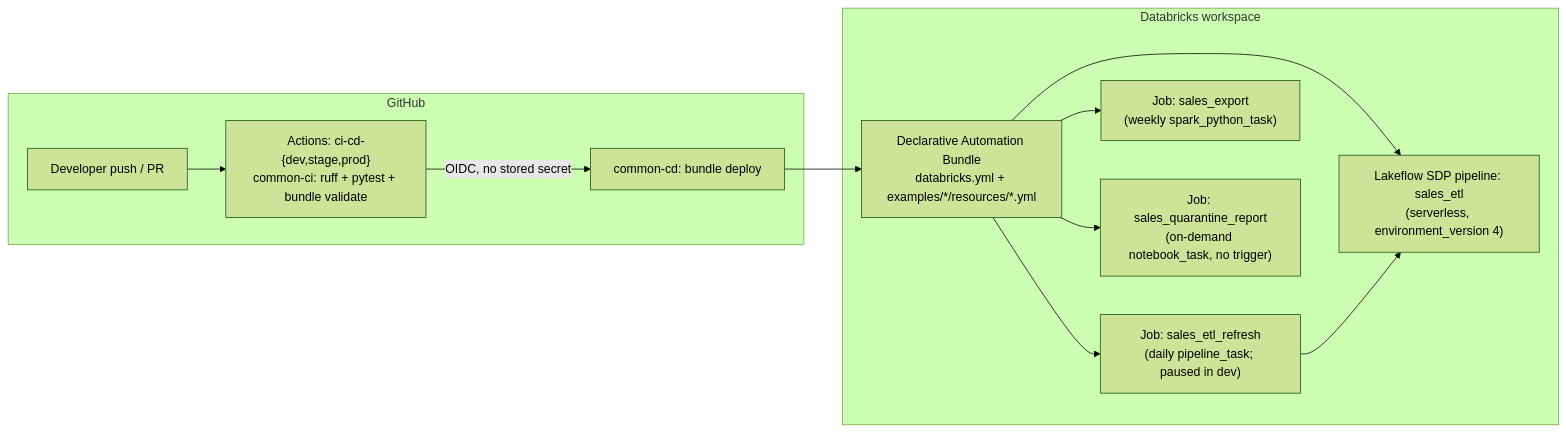
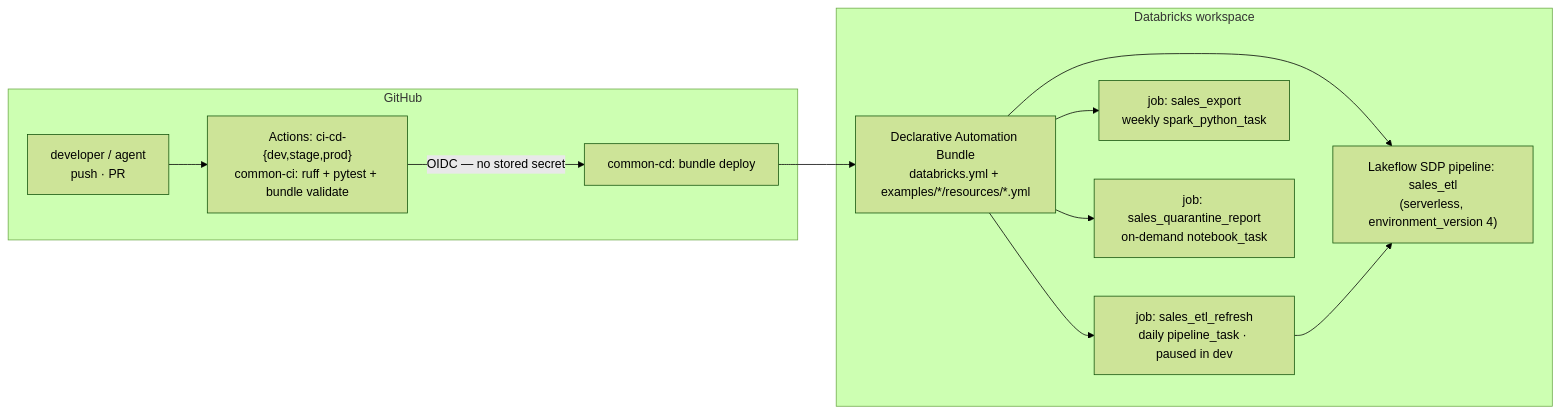
The first of 5 diagrams in docs/ARCHITECTURE.md (Vegash09/Demo_Lab), drawn with Mermaid (forest theme) before and after one commit. The commit also changed other lines of this file and 4 other files, not shown here.

Commit message:
docs: restructure README + docs/ with integrated architecture diagrams

````diff
--- a/docs/ARCHITECTURE.md
+++ b/docs/ARCHITECTURE.md
@@ -5,16 +11,16 @@
 ```mermaid
 flowchart LR
     subgraph GH["GitHub"]
-        DEV[Developer push / PR] --> CI["Actions: ci-cd-{dev,stage,prod}\ncommon-ci: ruff + pytest + bundle validate"]
-        CI -->|OIDC, no stored secret| CD["common-cd: bundle deploy"]
+        DEV["developer / agent<br/>push · PR"] --> CI["Actions: ci-cd-{dev,stage,prod}<br/>common-ci: ruff + pytest + bundle validate"]
+        CI -->|"OIDC — no stored secret"| CD["common-cd: bundle deploy"]
     end
 
     subgraph WS["Databricks workspace"]
-        CD --> DAB["Declarative Automation Bundle\ndatabricks.yml + examples/*/resources/*.yml"]
-        DAB --> PL["Lakeflow SDP pipeline: sales_etl\n(serverless, environment_version 4)"]
-        DAB --> JOB["Job: sales_etl_refresh\n(daily pipeline_task; paused in dev)"]
-        DAB --> EXP["Job: sales_export\n(weekly spark_python_task)"]
-        DAB --> QR["Job: sales_quarantine_report\n(on-demand notebook_task, no trigger)"]
+        CD --> DAB["Declarative Automation Bundle<br/>databricks.yml + examples/*/resources/*.yml"]
+        DAB --> PL["Lakeflow SDP pipeline: sales_etl<br/>(serverless, environment_version 4)"]
+        DAB --> JOB["job: sales_etl_refresh<br/>daily pipeline_task · paused in dev"]
+        DAB --> EXP["job: sales_export<br/>weekly spark_python_task"]
+        DAB --> QR["job: sales_quarantine_report<br/>on-demand notebook_task"]
         JOB --> PL
     end
 ```
````
